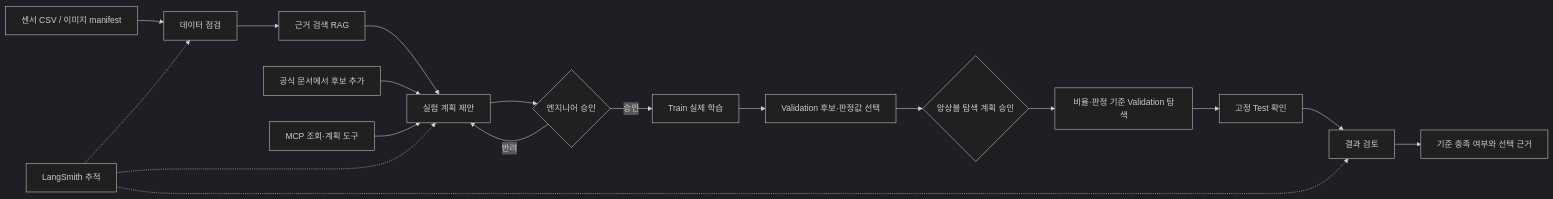
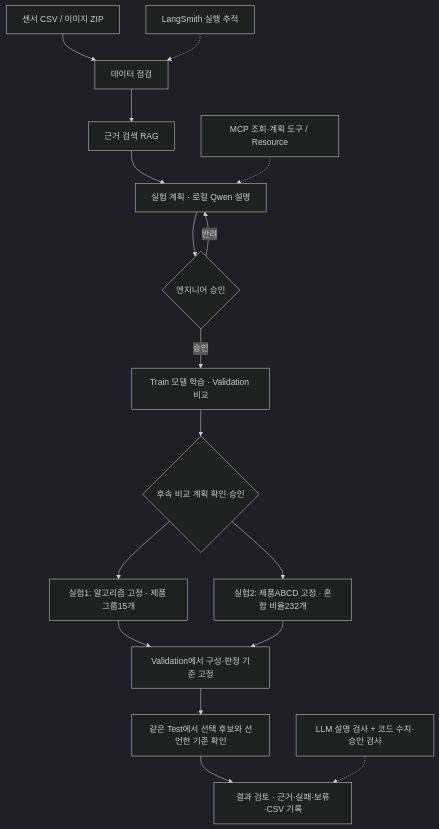
Before and after one commit to dragonchan95/Semiconductor-AI-Agent: the diagram in docs/REPORT.md, drawn with Mermaid (dark theme). The commit also changed other lines of this file and 53 other files, not shown here.

````diff
--- a/docs/REPORT.md
+++ b/docs/REPORT.md
@@ -255,20 +48,19 @@
 ```mermaid
-flowchart LR
-    A[센서 CSV / 이미지 manifest] --> B[데이터 점검]
+flowchart TD
+    A[센서 CSV / 이미지 ZIP] --> B[데이터 점검]
     B --> C[근거 검색 RAG]
-    C --> D[실험 계획 제안]
+    C --> D[실험 계획 · 로컬 Qwen 설명]
     D --> E{엔지니어 승인}
-    E -->|승인| F[Train 실제 학습]
+    E -->|승인| F[Train 모델 학습 · Validation 비교]
     E -->|반려| D
-    F --> G[Validation 후보·판정값 선택]
-    G --> E2{앙상블 탐색 계획 승인}
-    E2 --> W[비율·판정 기준 Validation 탐색]
-    W --> H[고정 Test 확인]
-    H --> I[결과 검토]
-    I --> J[기준 충족 여부와 선택 근거]
-    K2[공식 문서에서 후보 추가] --> D
-    K[MCP 조회·계획 도구] --> D
-    L[LangSmith 추적] -.-> B
-    L -.-> D
-    L -.-> I
+    F --> G{후속 비교 계획 확인·승인}
+    G --> H[실험1: 알고리즘 고정 · 제품 그룹15개]
+    G --> I[실험2: 제품ABCD 고정 · 혼합 비율232개]
+    H --> J[Validation에서 구성·판정 기준 고정]
+    I --> J
+    J --> K[같은 Test에서 선택 후보와 선언한 기준 확인]
+    K --> L[결과 검토 · 근거·실패·보류·CSV 기록]
+    M[MCP 조회·계획 도구 / Resource] -.-> D
+    N[LangSmith 실행 추적] -.-> B
+    O[LLM 설명 검사 + 코드 수치·승인 검사] -.-> L
 ```
````
